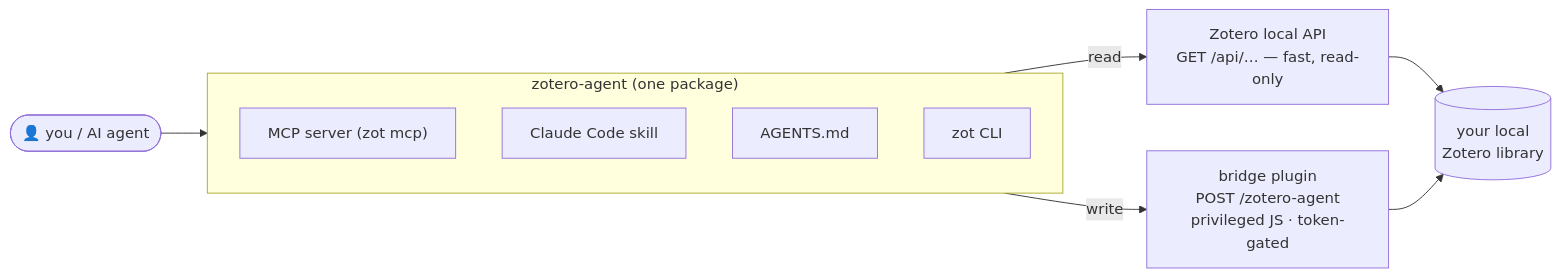
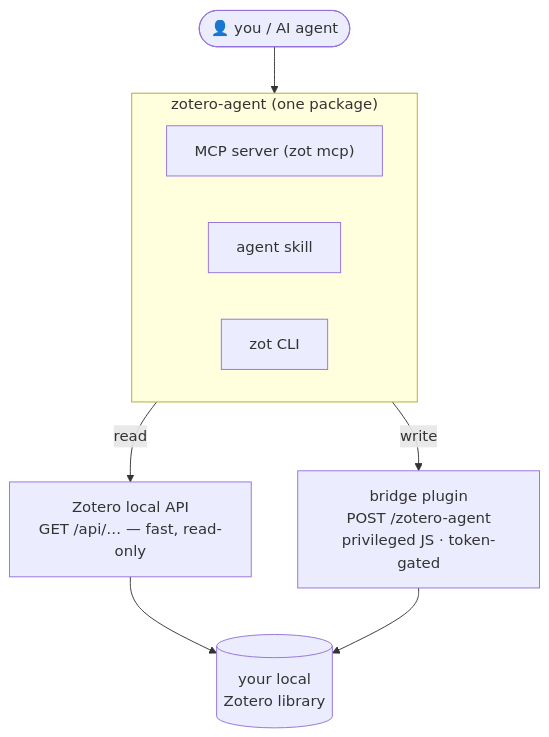
One commit to alex-roc/zotero-agent changed the diagram in README.md. Above: the diagram before and after it, drawn with Mermaid. The commit also changed 1 other file, not shown here.

Commit message:
docs: vertical (TD) architecture diagram; merge skill+AGENTS into 'agent skill'

````diff
--- a/README.md
+++ b/README.md
@@ -29,20 +29,19 @@
 ```mermaid
-flowchart LR
+flowchart TD
     U(["👤 you / AI agent"])
     subgraph SURF ["zotero-agent (one package)"]
-        direction TB
+        direction LR
         MCP["MCP server (zot mcp)"]
-        SKILL["Claude Code skill"]
-        AGENTS["AGENTS.md"]
+        SKILL["agent skill"]
         CLI["zot CLI"]
     end
     READ["Zotero local API<br/>GET /api/… — fast, read-only"]
     WRITE["bridge plugin<br/>POST /zotero-agent<br/>privileged JS · token-gated"]
     LIB[("your local<br/>Zotero library")]
 
     U --> SURF
     SURF -->|read| READ
     SURF -->|write| WRITE
     READ --> LIB
     WRITE --> LIB
 ```
````
